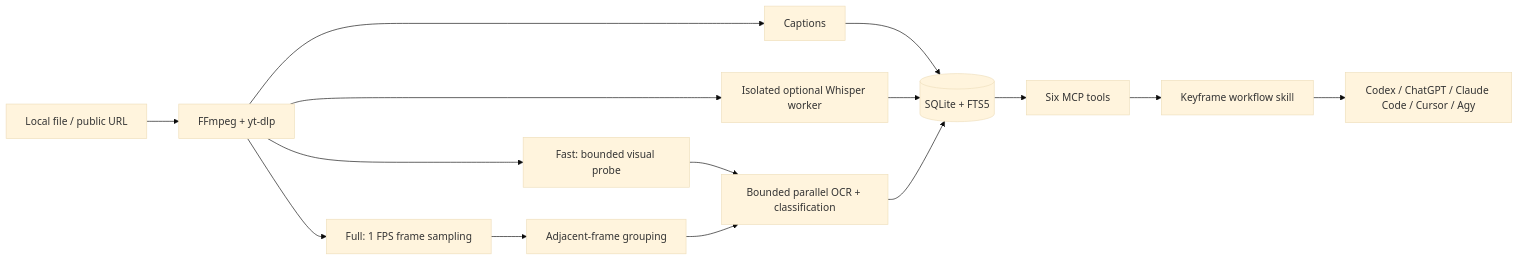
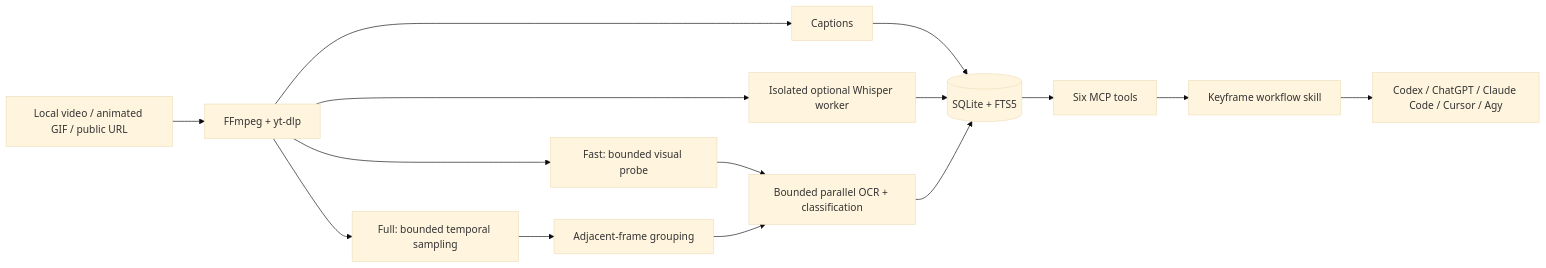
Before and after one commit to MatthewOscar/Keyframe: the diagram in README.md, drawn with Mermaid (base theme). The commit also changed other lines of this file and 45 other files, not shown here.

````diff
--- a/README.md
+++ b/README.md
@@ -206,17 +209,17 @@
 ```mermaid
 flowchart LR
-    A[Local file / public URL] --> B[FFmpeg + yt-dlp]
+    A[Local video / animated GIF / public URL] --> B[FFmpeg + yt-dlp]
     B --> C[Captions]
     B --> W[Isolated optional Whisper worker]
     B --> P[Fast: bounded visual probe]
-    B --> D[Full: 1 FPS frame sampling]
+    B --> D[Full: bounded temporal sampling]
     D --> E[Adjacent-frame grouping]
     P --> F[Bounded parallel OCR + classification]
     E --> F[Bounded parallel OCR + classification]
     C --> G[(SQLite + FTS5)]
     W --> G
     F --> G
     G --> H[Six MCP tools]
     H --> I[Keyframe workflow skill]
     I --> J[Codex / ChatGPT / Claude Code / Cursor / Agy]
 ```
````
